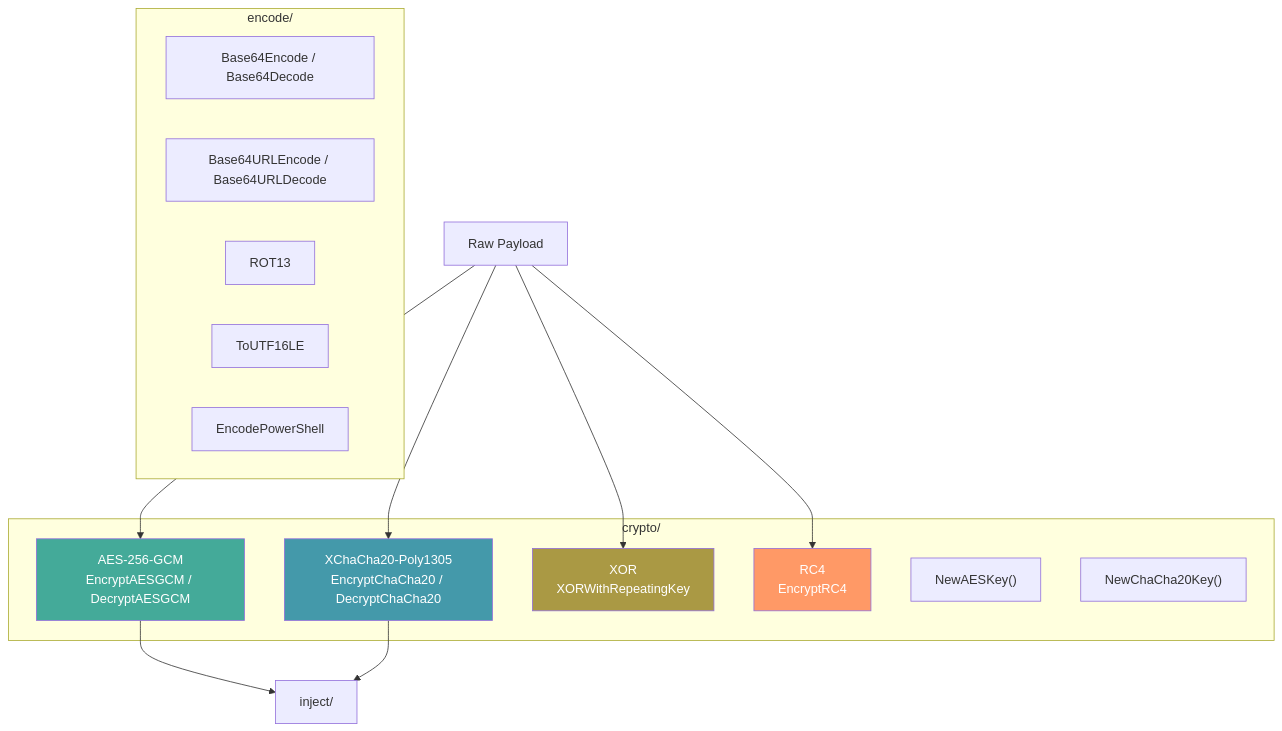
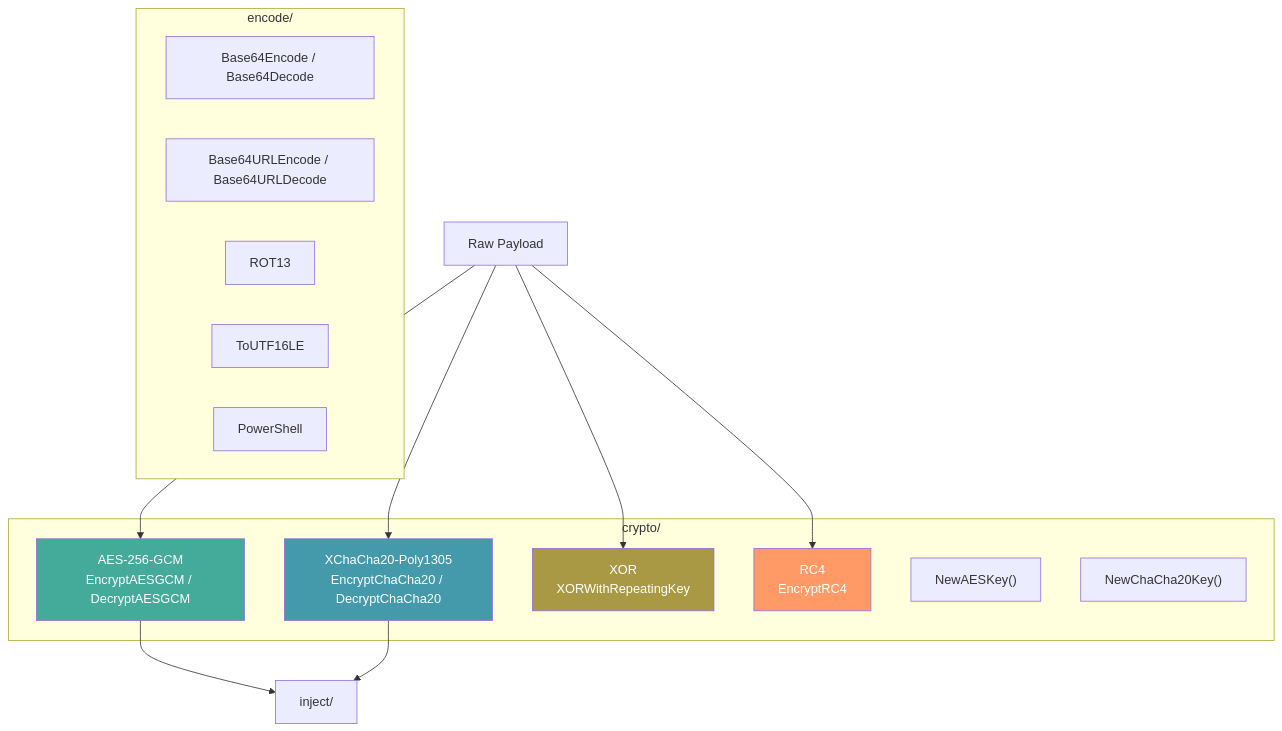
One commit to oioio-space/maldev changed the diagram in docs/techniques/crypto/README.md. Above: the diagram before and after it, drawn with Mermaid. The commit also changed 21 other files, not shown here.

````diff
--- a/docs/techniques/crypto/README.md
+++ b/docs/techniques/crypto/README.md
@@ -11,32 +11,32 @@
 ```mermaid
 graph TD
     subgraph "crypto/"
         AES["AES-256-GCM\nEncryptAESGCM / DecryptAESGCM"]
         CHACHA["XChaCha20-Poly1305\nEncryptChaCha20 / DecryptChaCha20"]
         XOR["XOR\nXORWithRepeatingKey"]
         RC4["RC4\nEncryptRC4"]
         AESKEY["NewAESKey()"]
         CCKEY["NewChaCha20Key()"]
     end
 
     subgraph "encode/"
         B64["Base64Encode / Base64Decode"]
         B64URL["Base64URLEncode / Base64URLDecode"]
         ROT["ROT13"]
         UTF["ToUTF16LE"]
-        PS["EncodePowerShell"]
+        PS["PowerShell"]
     end
 
     PAYLOAD["Raw Payload"] --> AES
     PAYLOAD --> CHACHA
     PAYLOAD --> XOR
     PAYLOAD --> RC4
 
     AES --> INJECT["inject/"]
     CHACHA --> INJECT
 
     style AES fill:#4a9,color:#fff
     style CHACHA fill:#49a,color:#fff
     style XOR fill:#a94,color:#fff
     style RC4 fill:#f96,color:#fff
 ```
````
